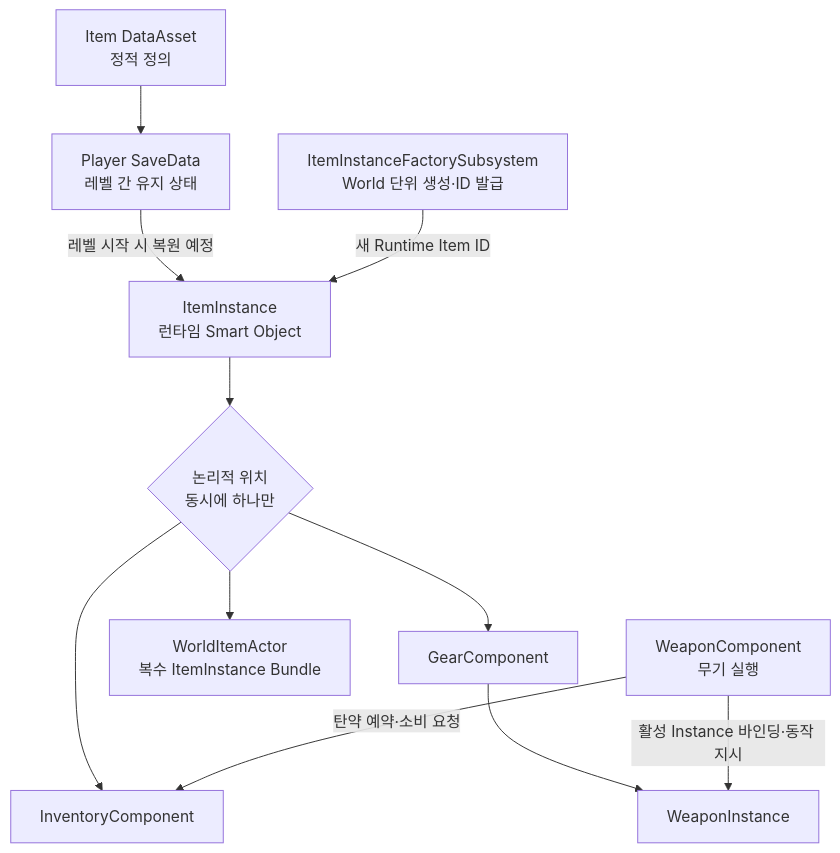
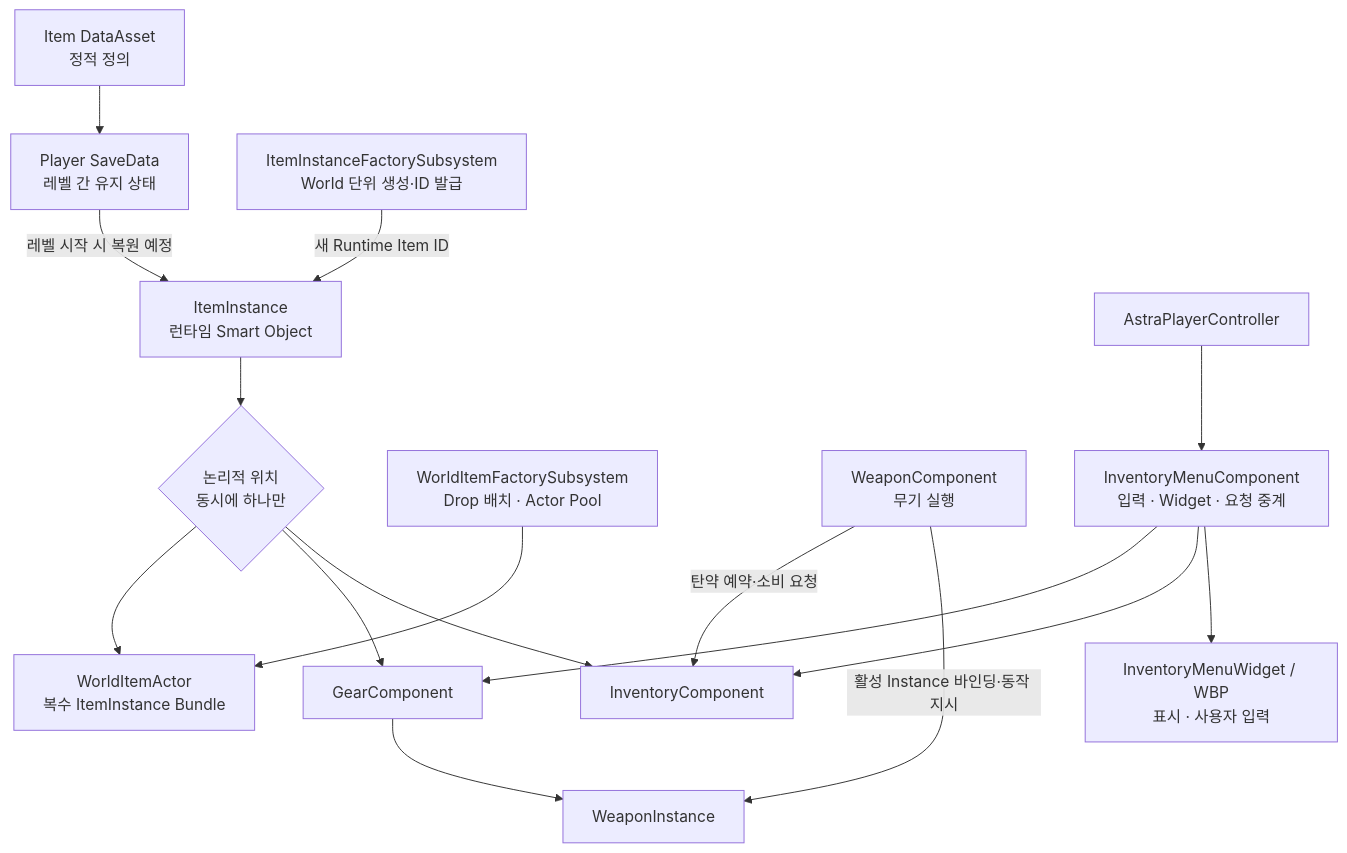
One commit to liang2papa/Astra_Docs changed the first of 3 diagrams in Wiki/03_시스템 설계/장비와 인벤토리.md. Above: the diagram before and after it, drawn with Mermaid. The commit also changed other lines of this file and 10 other files, not shown here.

````diff
--- a/Wiki/03_시스템 설계/장비와 인벤토리.md
+++ b/Wiki/03_시스템 설계/장비와 인벤토리.md
@@ -5,13 +5,18 @@
 ```mermaid
 flowchart TD
     Definition["Item DataAsset<br/>정적 정의"] --> Save["Player SaveData<br/>레벨 간 유지 상태"]
     Save -->|레벨 시작 시 복원 예정| Model["ItemInstance<br/>런타임 Smart Object"]
     Generator["ItemInstanceFactorySubsystem<br/>World 단위 생성·ID 발급"] -->|새 Runtime Item ID| Model
     Model --> Location{"논리적 위치<br/>동시에 하나만"}
     Location --> Inventory["InventoryComponent"]
     Location --> Equipment["GearComponent"]
     Location --> Bundle["WorldItemActor<br/>복수 ItemInstance Bundle"]
+    WorldFactory["WorldItemFactorySubsystem<br/>Drop 배치 · Actor Pool"] --> Bundle
     Equipment --> WeaponInstance["WeaponInstance"]
     WeaponComponent["WeaponComponent<br/>무기 실행"] -->|활성 Instance 바인딩·동작 지시| WeaponInstance
     WeaponComponent -->|탄약 예약·소비 요청| Inventory
+    PlayerController["AstraPlayerController"] --> Menu["InventoryMenuComponent<br/>입력 · Widget · 요청 중계"]
+    Menu --> View["InventoryMenuWidget / WBP<br/>표시 · 사용자 입력"]
+    Menu --> Inventory
+    Menu --> Equipment
 ```
````
